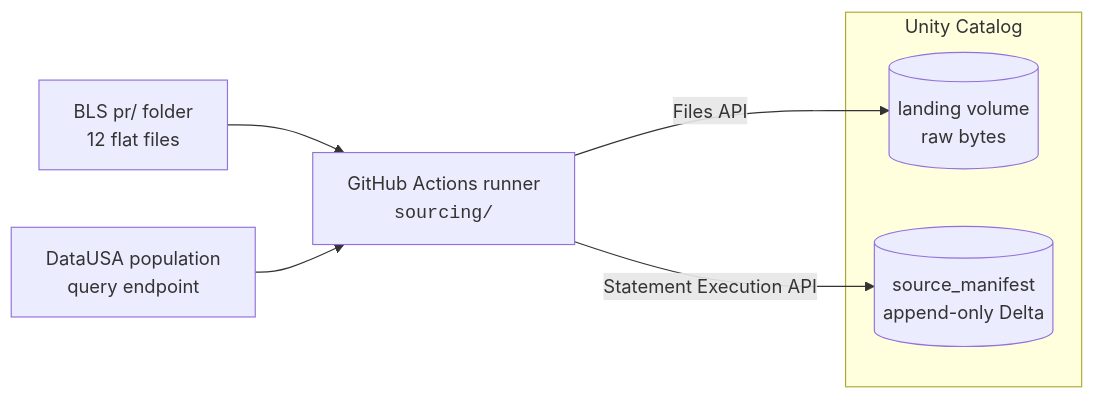
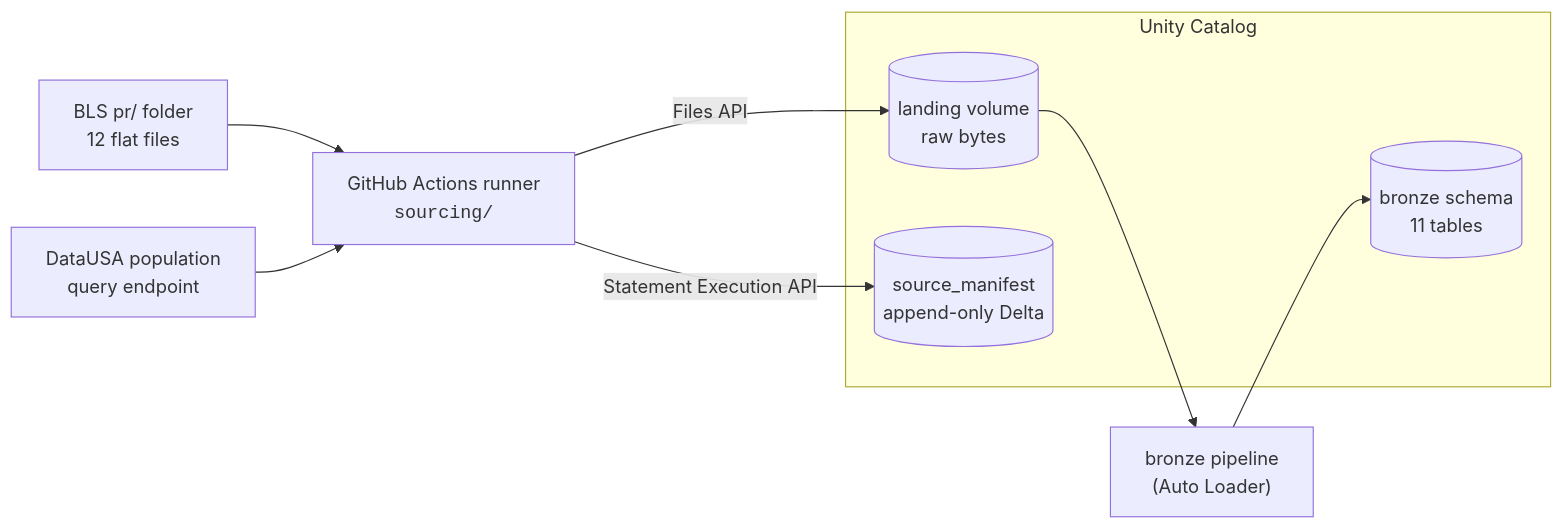
Before and after one commit to schmucas/rearc_data_quest: the first of 2 diagrams in README.md, drawn with Mermaid. The commit also changed other lines of this file, not shown here.

````diff
--- a/README.md
+++ b/README.md
@@ -22,13 +40,16 @@
 ```mermaid
 flowchart LR
   BLS["BLS pr/ folder<br/>12 flat files"] --> GHA
   API["DataUSA population<br/>query endpoint"] --> GHA
   GHA["GitHub Actions runner<br/><code>sourcing/</code>"]
   GHA -->|Files API| VOL[("landing volume<br/>raw bytes")]
   GHA -->|Statement Execution API| MAN[("source_manifest<br/>append-only Delta")]
+  VOL --> BP["bronze pipeline<br/>(Auto Loader)"]
+  BP --> BZ[("bronze schema<br/>11 tables")]
 
   subgraph UC["Unity Catalog"]
     VOL
     MAN
+    BZ
   end
 ```
````
